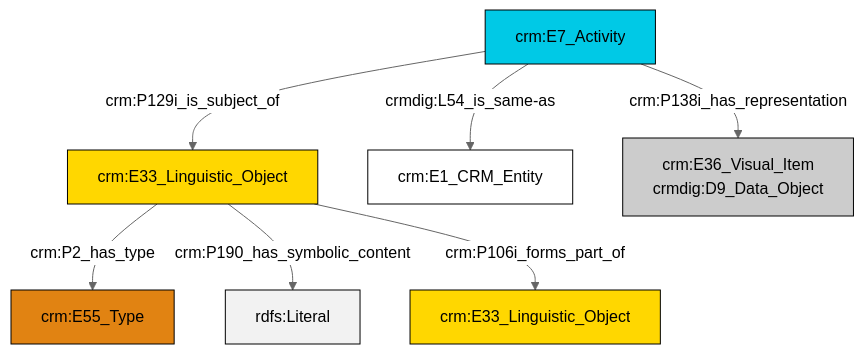
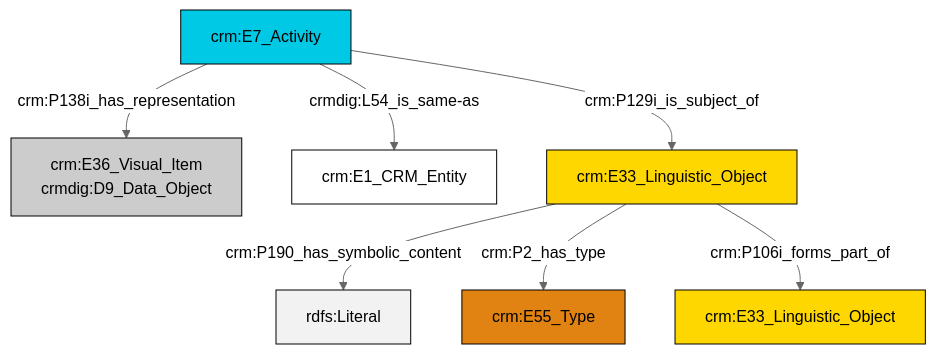
Before and after one commit to swiss-art-research-net/docs.swissartresearch: the diagram in et/eventCSV/ttl/mmd/event_documentation.ttl.mmd, drawn with Mermaid (neutral theme). The commit also changed 179 other files, not shown here.

```diff
--- a/et/eventCSV/ttl/mmd/event_documentation.ttl.mmd
+++ b/et/eventCSV/ttl/mmd/event_documentation.ttl.mmd
@@ -1,21 +1,21 @@
 graph TD
 classDef Literal fill:#f2f2f2,stroke:#000000;
 classDef CRM_Entity fill:#FFFFFF,stroke:#000000;
 classDef Temporal_Entity fill:#00C9E6, stroke:#000000;
 classDef Type fill:#E18312, stroke:#000000;
 classDef Time-Span fill:#2C9C91, stroke:#000000;
 classDef Appellation fill:#FFEB7F, stroke:#000000;
 classDef Place fill:#008836, stroke:#000000;
 classDef Persistent_Item fill:#B266B2, stroke:#000000;
 classDef Conceptual_Object fill:#FFD700, stroke:#000000;
 classDef Physical_Thing fill:#D2B48C, stroke:#000000;
 classDef Actor fill:#f58aad, stroke:#000000;
 classDef PC_Classes fill:#4ce600, stroke:#000000;
 classDef Multi fill:#cccccc,stroke:#000000;
 
-0["crm:E33_Linguistic_Object"]:::Conceptual_Object -->|crm:P2_has_type| 1["crm:E55_Type"]:::Type
-8["crm:E7_Activity"]:::Temporal_Entity -->|crm:P138i_has_representation| 6["crm:E36_Visual_Item<br>crmdig:D9_Data_Object"]:::Multi
-0["crm:E33_Linguistic_Object"]:::Conceptual_Object -->|crm:P190_has_symbolic_content| 11[rdfs:Literal]:::Literal
-0["crm:E33_Linguistic_Object"]:::Conceptual_Object -->|crm:P106i_forms_part_of| 12["crm:E33_Linguistic_Object"]:::Conceptual_Object
-8["crm:E7_Activity"]:::Temporal_Entity -->|crmdig:L54_is_same-as| 2["crm:E1_CRM_Entity"]:::CRM_Entity
-8["crm:E7_Activity"]:::Temporal_Entity -->|crm:P129i_is_subject_of| 0["crm:E33_Linguistic_Object"]:::Conceptual_Object
+6["crm:E7_Activity"]:::Temporal_Entity -->|crm:P129i_is_subject_of| 7["crm:E33_Linguistic_Object"]:::Conceptual_Object
+7["crm:E33_Linguistic_Object"]:::Conceptual_Object -->|crm:P190_has_symbolic_content| 8[rdfs:Literal]:::Literal
+6["crm:E7_Activity"]:::Temporal_Entity -->|crm:P138i_has_representation| 0["crm:E36_Visual_Item<br>crmdig:D9_Data_Object"]:::Multi
+7["crm:E33_Linguistic_Object"]:::Conceptual_Object -->|crm:P2_has_type| 4["crm:E55_Type"]:::Type
+7["crm:E33_Linguistic_Object"]:::Conceptual_Object -->|crm:P106i_forms_part_of| 10["crm:E33_Linguistic_Object"]:::Conceptual_Object
+6["crm:E7_Activity"]:::Temporal_Entity -->|crmdig:L54_is_same-as| 2["crm:E1_CRM_Entity"]:::CRM_Entity
```
